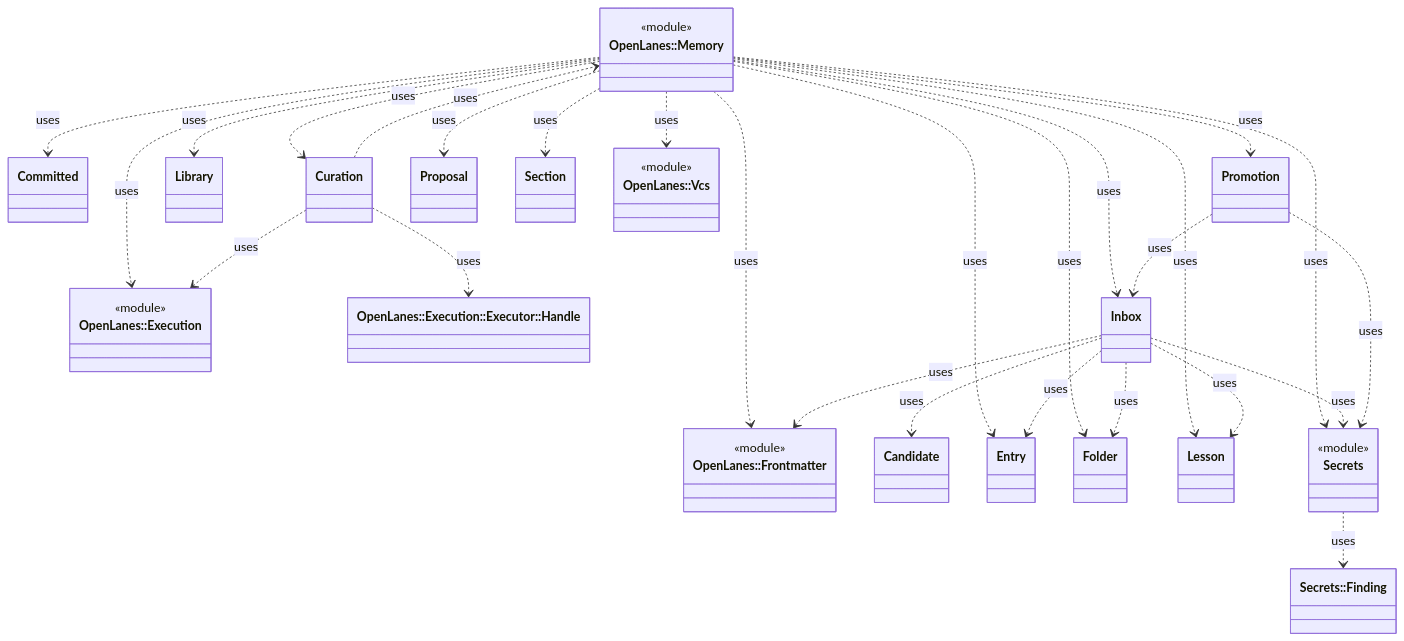
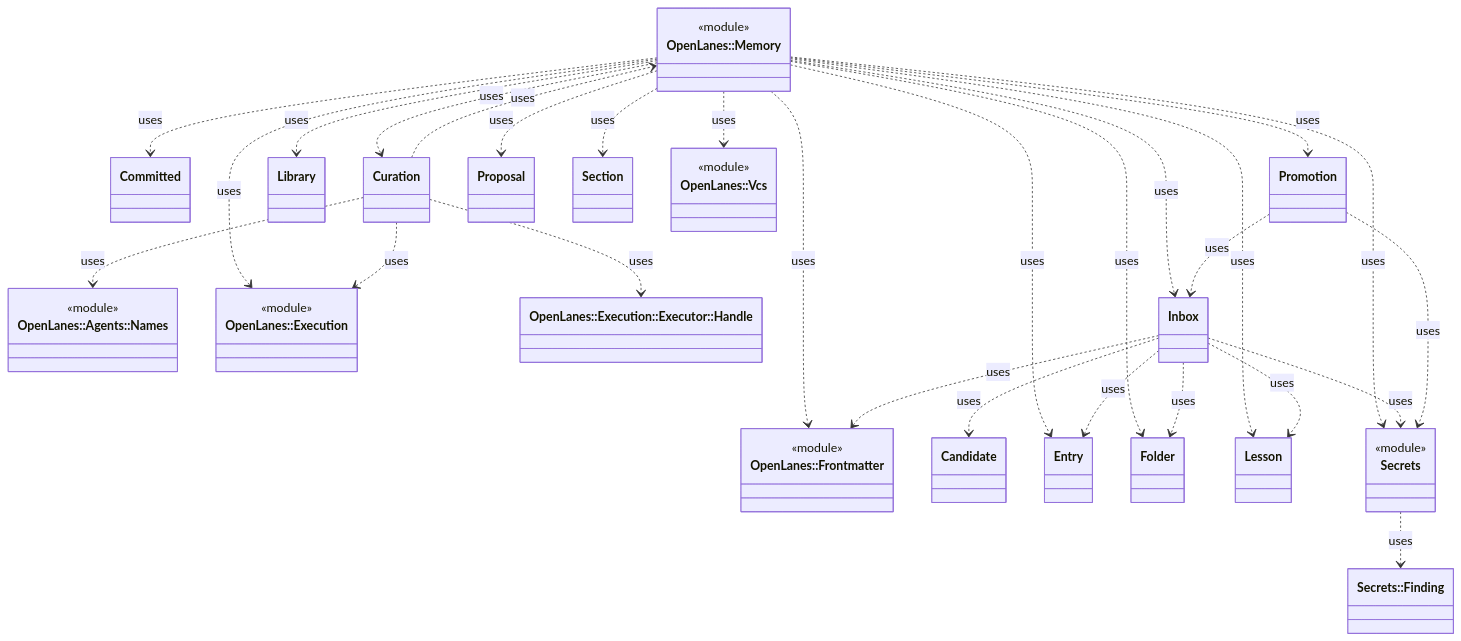
One commit to kigster/openlanes changed the diagram in docs/architecture/openlanes-memory.md. Above: the diagram before and after it, drawn with Mermaid. The commit also changed 3 other files, not shown here.

````diff
--- a/docs/architecture/openlanes-memory.md
+++ b/docs/architecture/openlanes-memory.md
@@ -5,52 +5,55 @@
 ```mermaid
 classDiagram
+  class OpenLanes__Agents__Names["OpenLanes::Agents::Names"]
+  <<module>> OpenLanes__Agents__Names
   class OpenLanes__Execution["OpenLanes::Execution"]
   <<module>> OpenLanes__Execution
   class OpenLanes__Execution__Executor__Handle["OpenLanes::Execution::Executor::Handle"]
   class OpenLanes__Frontmatter["OpenLanes::Frontmatter"]
   <<module>> OpenLanes__Frontmatter
   class OpenLanes__Memory["OpenLanes::Memory"]
   <<module>> OpenLanes__Memory
   class OpenLanes__Memory__Candidate["Candidate"]
   class OpenLanes__Memory__Committed["Committed"]
   class OpenLanes__Memory__Curation["Curation"]
   class OpenLanes__Memory__Entry["Entry"]
   class OpenLanes__Memory__Folder["Folder"]
   class OpenLanes__Memory__Inbox["Inbox"]
   class OpenLanes__Memory__Lesson["Lesson"]
   class OpenLanes__Memory__Library["Library"]
   class OpenLanes__Memory__Promotion["Promotion"]
   class OpenLanes__Memory__Proposal["Proposal"]
   class OpenLanes__Memory__Secrets["Secrets"]
   <<module>> OpenLanes__Memory__Secrets
   class OpenLanes__Memory__Secrets__Finding["Secrets::Finding"]
   class OpenLanes__Memory__Section["Section"]
   class OpenLanes__Vcs["OpenLanes::Vcs"]
   <<module>> OpenLanes__Vcs
   OpenLanes__Memory ..> OpenLanes__Execution : uses
   OpenLanes__Memory ..> OpenLanes__Frontmatter : uses
   OpenLanes__Memory ..> OpenLanes__Memory__Committed : uses
   OpenLanes__Memory ..> OpenLanes__Memory__Curation : uses
   OpenLanes__Memory ..> OpenLanes__Memory__Entry : uses
   OpenLanes__Memory ..> OpenLanes__Memory__Folder : uses
   OpenLanes__Memory ..> OpenLanes__Memory__Inbox : uses
   OpenLanes__Memory ..> OpenLanes__Memory__Lesson : uses
   OpenLanes__Memory ..> OpenLanes__Memory__Library : uses
   OpenLanes__Memory ..> OpenLanes__Memory__Promotion : uses
   OpenLanes__Memory ..> OpenLanes__Memory__Proposal : uses
   OpenLanes__Memory ..> OpenLanes__Memory__Secrets : uses
   OpenLanes__Memory ..> OpenLanes__Memory__Section : uses
   OpenLanes__Memory ..> OpenLanes__Vcs : uses
+  OpenLanes__Memory__Curation ..> OpenLanes__Agents__Names : uses
   OpenLanes__Memory__Curation ..> OpenLanes__Execution : uses
   OpenLanes__Memory__Curation ..> OpenLanes__Execution__Executor__Handle : uses
   OpenLanes__Memory__Curation ..> OpenLanes__Memory : uses
   OpenLanes__Memory__Inbox ..> OpenLanes__Frontmatter : uses
   OpenLanes__Memory__Inbox ..> OpenLanes__Memory__Candidate : uses
   OpenLanes__Memory__Inbox ..> OpenLanes__Memory__Entry : uses
   OpenLanes__Memory__Inbox ..> OpenLanes__Memory__Folder : uses
   OpenLanes__Memory__Inbox ..> OpenLanes__Memory__Lesson : uses
   OpenLanes__Memory__Inbox ..> OpenLanes__Memory__Secrets : uses
   OpenLanes__Memory__Promotion ..> OpenLanes__Memory__Inbox : uses
   OpenLanes__Memory__Promotion ..> OpenLanes__Memory__Secrets : uses
   OpenLanes__Memory__Secrets ..> OpenLanes__Memory__Secrets__Finding : uses
 ```
````
